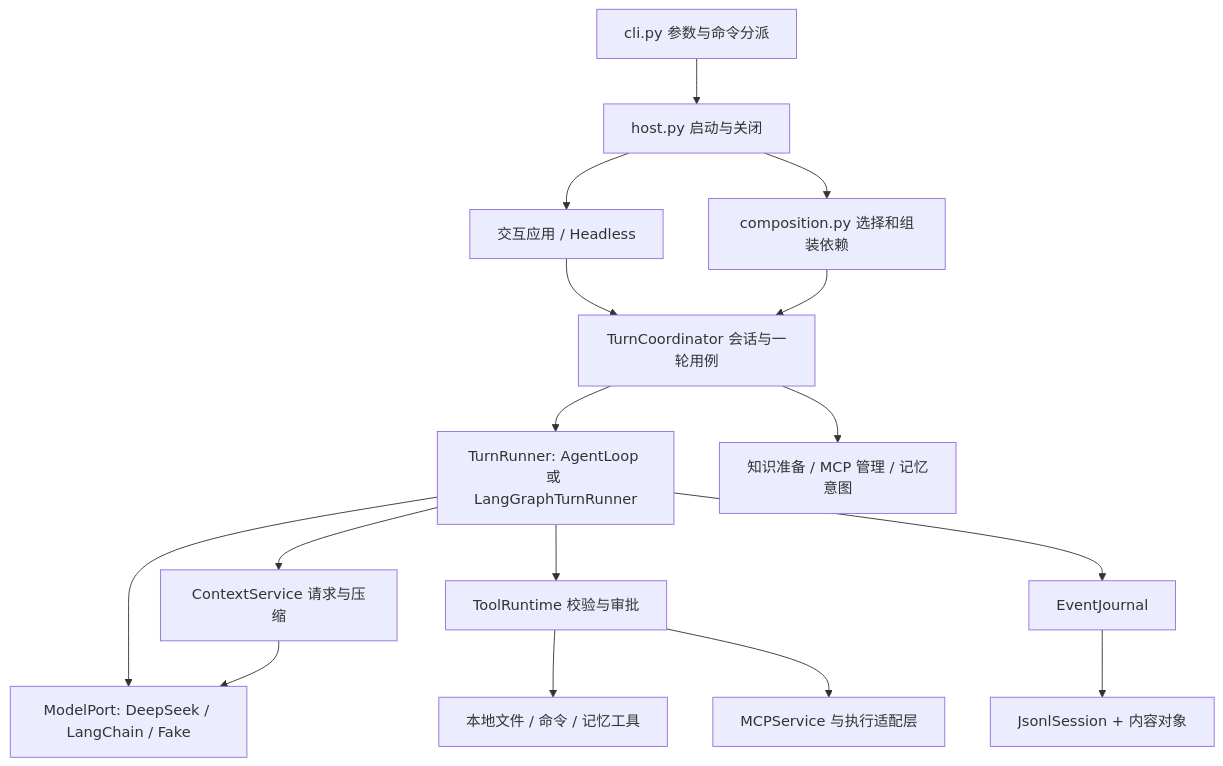
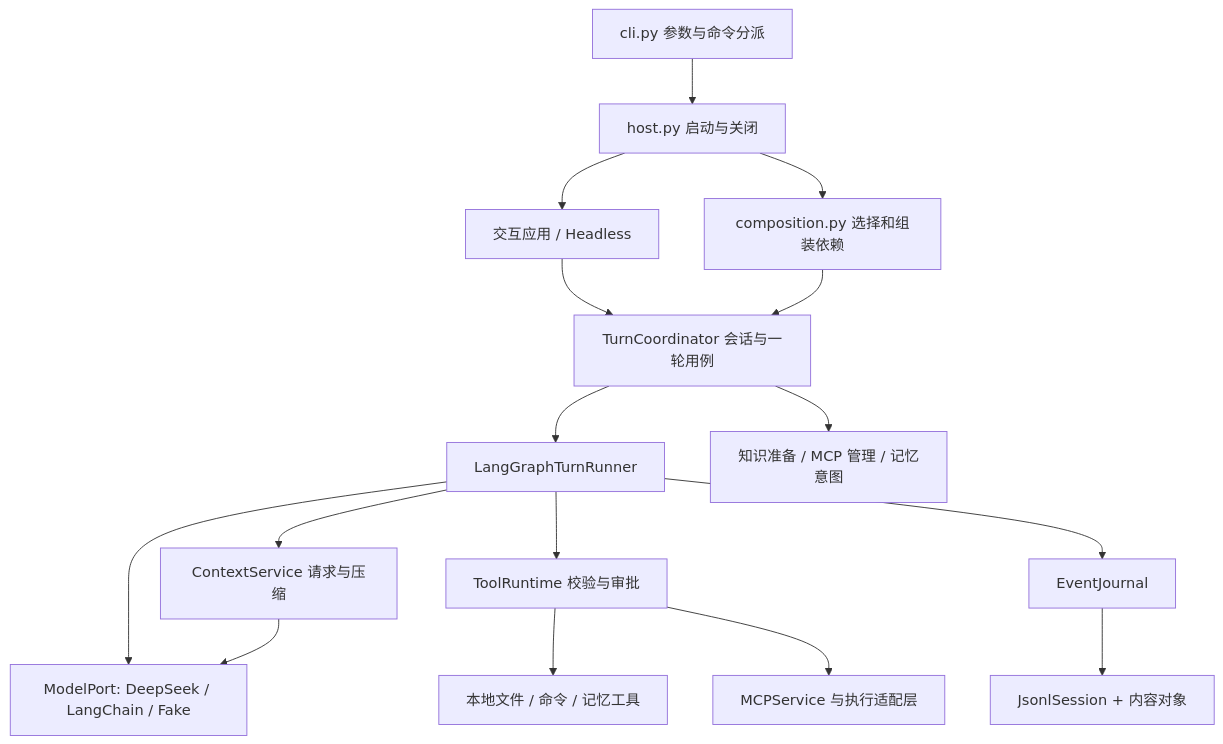
The diagram in docs/architecture/overview.md (StoicLD/JDAgent), drawn with Mermaid before and after one commit. The commit also changed other lines of this file and 89 other files, not shown here.

Commit message:
refactor(runtime): unify turn execution on LangGraph (#3)

````diff
--- a/docs/architecture/overview.md
+++ b/docs/architecture/overview.md
@@ -11,18 +11,18 @@
 ```mermaid
 flowchart TD
     CLI["cli.py 参数与命令分派"] --> HOST["host.py 启动与关闭"]
     HOST --> COMPOSE["composition.py 选择和组装依赖"]
     HOST --> APP["交互应用 / Headless"]
     APP --> COORD["TurnCoordinator 会话与一轮用例"]
     COMPOSE --> COORD
-    COORD --> RUN["TurnRunner: AgentLoop 或 LangGraphTurnRunner"]
+    COORD --> RUN["LangGraphTurnRunner"]
     COORD --> KB["知识准备 / MCP 管理 / 记忆意图"]
     RUN --> CTX["ContextService 请求与压缩"]
     RUN --> MODEL["ModelPort: DeepSeek / LangChain / Fake"]
     RUN --> TOOL["ToolRuntime 校验与审批"]
     TOOL --> LOCAL["本地文件 / 命令 / 记忆工具"]
     TOOL --> MCP["MCPService 与执行适配层"]
     CTX --> MODEL
     RUN --> JOURNAL["EventJournal"]
     JOURNAL --> STORE["JsonlSession + 内容对象"]
 ```
````
